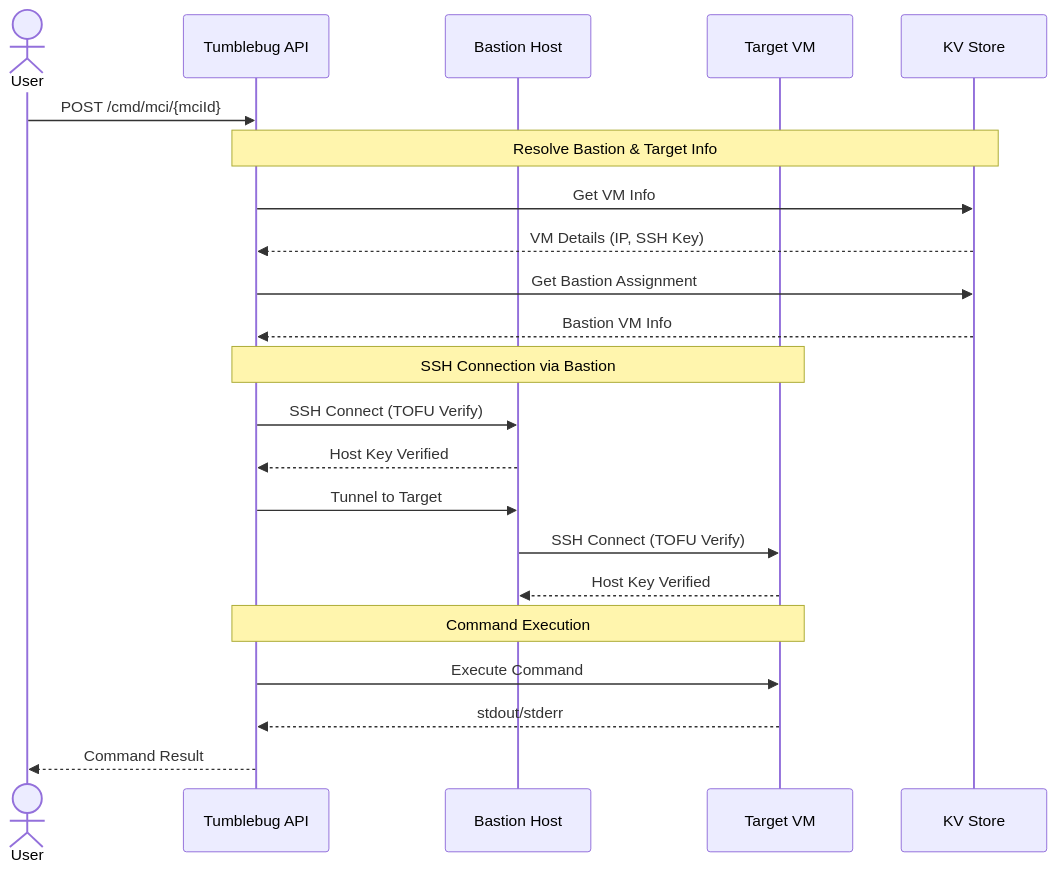
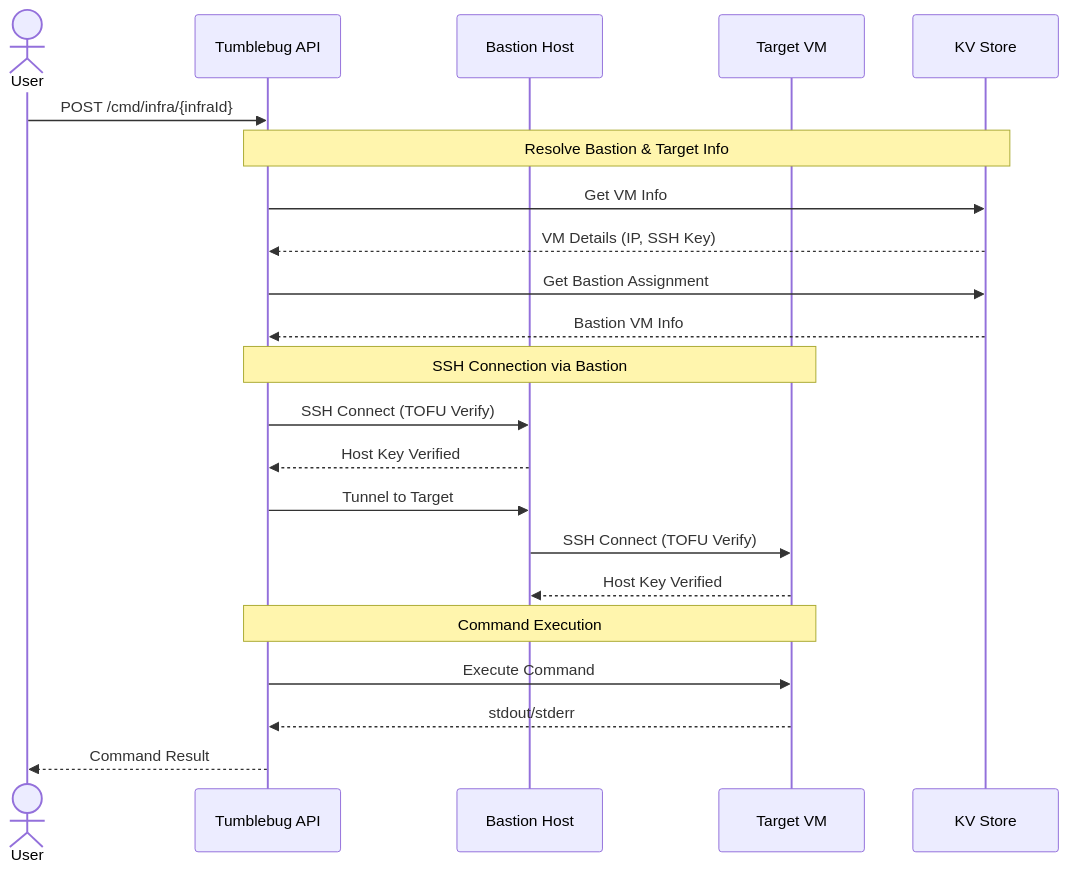
Before and after one commit to cloud-barista/cb-tumblebug: the second of 8 diagrams in docs/feature_guide/remote-command-and-file-transfer.md, drawn with Mermaid. The commit also changed other lines of this file and 197 other files, not shown here.

````diff
--- a/docs/feature_guide/remote-command-and-file-transfer.md
+++ b/docs/feature_guide/remote-command-and-file-transfer.md
@@ -119,30 +119,30 @@
 ```mermaid
 sequenceDiagram
     actor User
     participant API as Tumblebug API
     participant Bastion as Bastion Host
     participant Target as Target VM
     participant KV as KV Store
     
-    User->>API: POST /cmd/mci/{mciId}
+    User->>API: POST /cmd/infra/{infraId}
     
     Note over API,KV: Resolve Bastion & Target Info
     API->>KV: Get VM Info
     KV-->>API: VM Details (IP, SSH Key)
     API->>KV: Get Bastion Assignment
     KV-->>API: Bastion VM Info
     
     Note over API,Target: SSH Connection via Bastion
     API->>Bastion: SSH Connect (TOFU Verify)
     Bastion-->>API: Host Key Verified
     
     API->>Bastion: Tunnel to Target
     Bastion->>Target: SSH Connect (TOFU Verify)
     Target-->>Bastion: Host Key Verified
     
     Note over API,Target: Command Execution
     API->>Target: Execute Command
     Target-->>API: stdout/stderr
     
     API-->>User: Command Result
 ```
````
